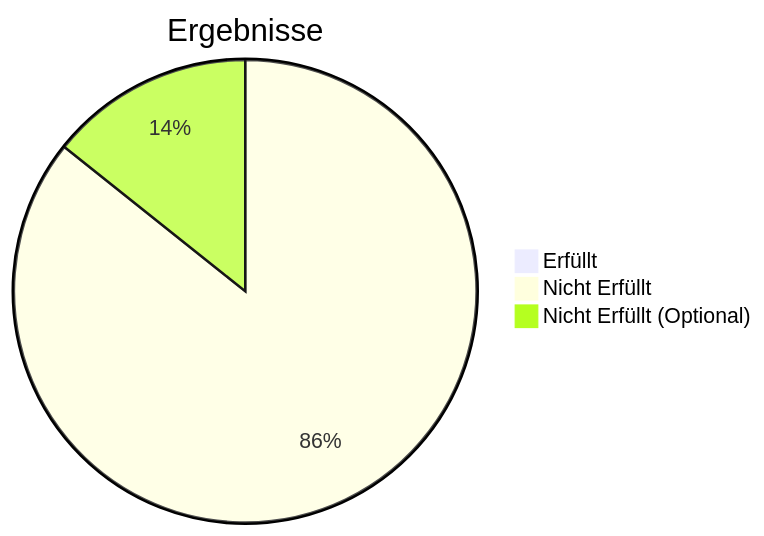
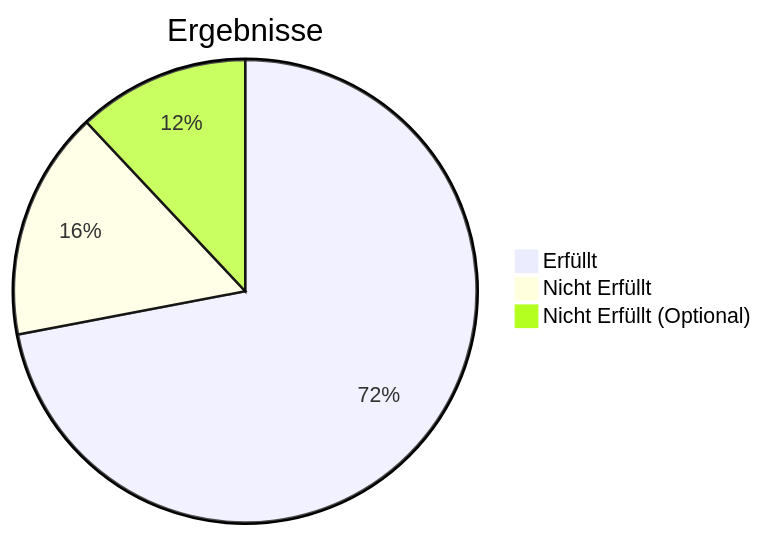
Before and after one commit to xXrederXx/Wrodit-Backend: the diagram in docs/tests/testprotokoll_luca.md, drawn with Mermaid. The commit also changed other lines of this file, not shown here.

````diff
--- a/docs/tests/testprotokoll_luca.md
+++ b/docs/tests/testprotokoll_luca.md
@@ -19,6 +19,6 @@
 ```mermaid
 pie title Ergebnisse
-    "Erfüllt": 0
-    "Nicht Erfüllt": 18
+    "Erfüllt": 18
+    "Nicht Erfüllt": 4
     "Nicht Erfüllt (Optional)": 3
 ```
````
